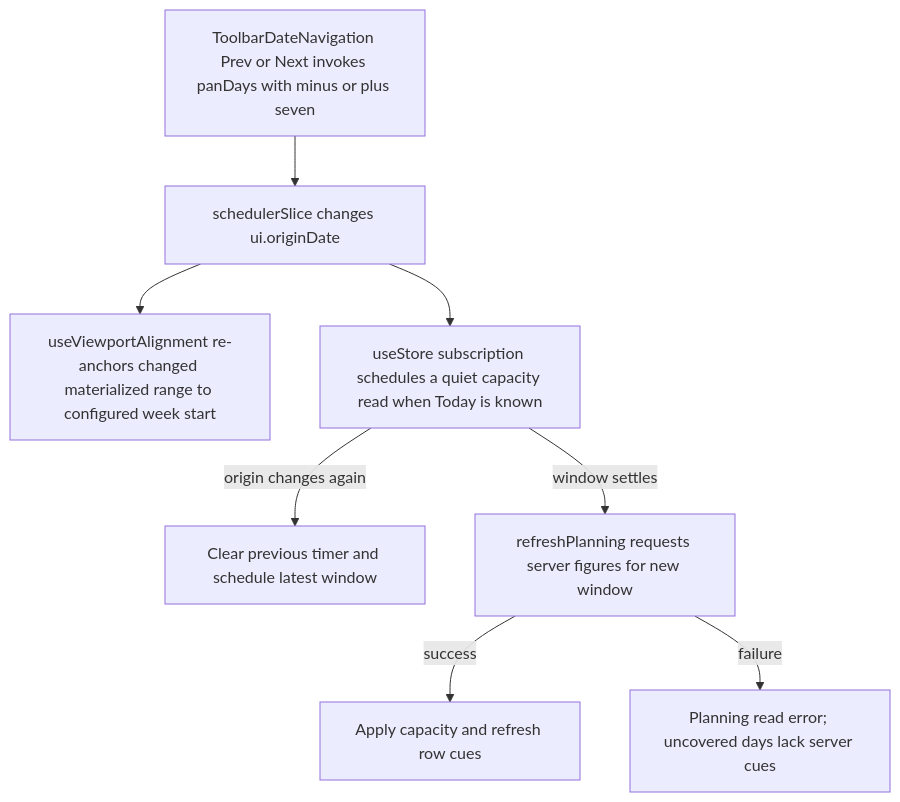
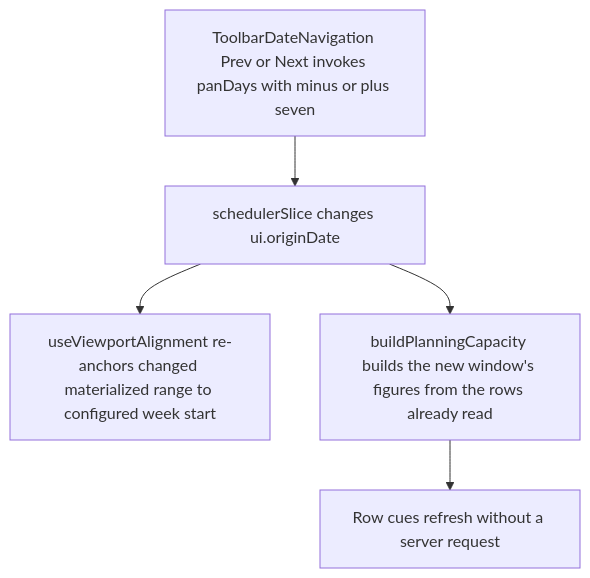
The second of 2 diagrams in user-stories/toolbar/US-TBR-02-pan.md (Kevinjohn/capacitylens), drawn with Mermaid before and after one commit. The commit also changed other lines of this file and 68 other files, not shown here.

First line of the commit message:
Derive planning capacity in the browser and skip unchanged reads

````diff
--- a/user-stories/toolbar/US-TBR-02-pan.md
+++ b/user-stories/toolbar/US-TBR-02-pan.md
@@ -33,10 +33,7 @@
 ```mermaid
 flowchart TD
   Nav["ToolbarDateNavigation Prev or Next invokes panDays with minus or plus seven"] --> Origin["schedulerSlice changes ui.originDate"]
   Origin --> View["useViewportAlignment re-anchors changed materialized range to configured week start"]
-  Origin --> Window["useStore subscription schedules a quiet capacity read when Today is known"]
-  Window -->|origin changes again| Reschedule["Clear previous timer and schedule latest window"]
-  Window -->|window settles| Read["refreshPlanning requests server figures for new window"]
-  Read -->|success| Cues["Apply capacity and refresh row cues"]
-  Read -->|failure| Gap["Planning read error; uncovered days lack server cues"]
+  Origin --> Window["buildPlanningCapacity builds the new window's figures from the rows already read"]
+  Window --> Cues["Row cues refresh without a server request"]
 ```
````
